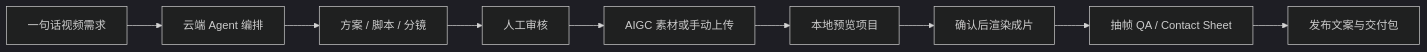
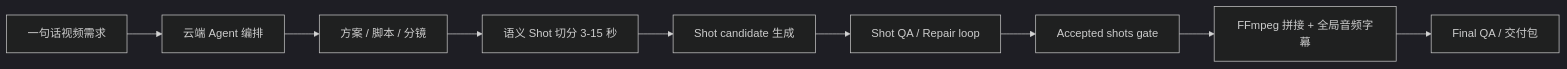
One commit to SUSTechWLA/lingxi-ai-operation-system changed the diagram in README.md. Above: the diagram before and after it, drawn with Mermaid (dark theme). The commit also changed other lines of this file and 26 other files, not shown here.

````diff
--- a/README.md
+++ b/README.md
@@ -80,11 +81,11 @@
 ```mermaid
 flowchart LR
   A["一句话视频需求"] --> B["云端 Agent 编排"]
   B --> C["方案 / 脚本 / 分镜"]
-  C --> D["人工审核"]
-  D --> E["AIGC 素材或手动上传"]
-  E --> F["本地预览项目"]
-  F --> G["确认后渲染成片"]
-  G --> H["抽帧 QA / Contact Sheet"]
-  H --> I["发布文案与交付包"]
+  C --> D["语义 Shot 切分 3-15 秒"]
+  D --> E["Shot candidate 生成"]
+  E --> F["Shot QA / Repair loop"]
+  F --> G["Accepted shots gate"]
+  G --> H["FFmpeg 拼接 + 全局音频字幕"]
+  H --> I["Final QA / 交付包"]
 ```
````
